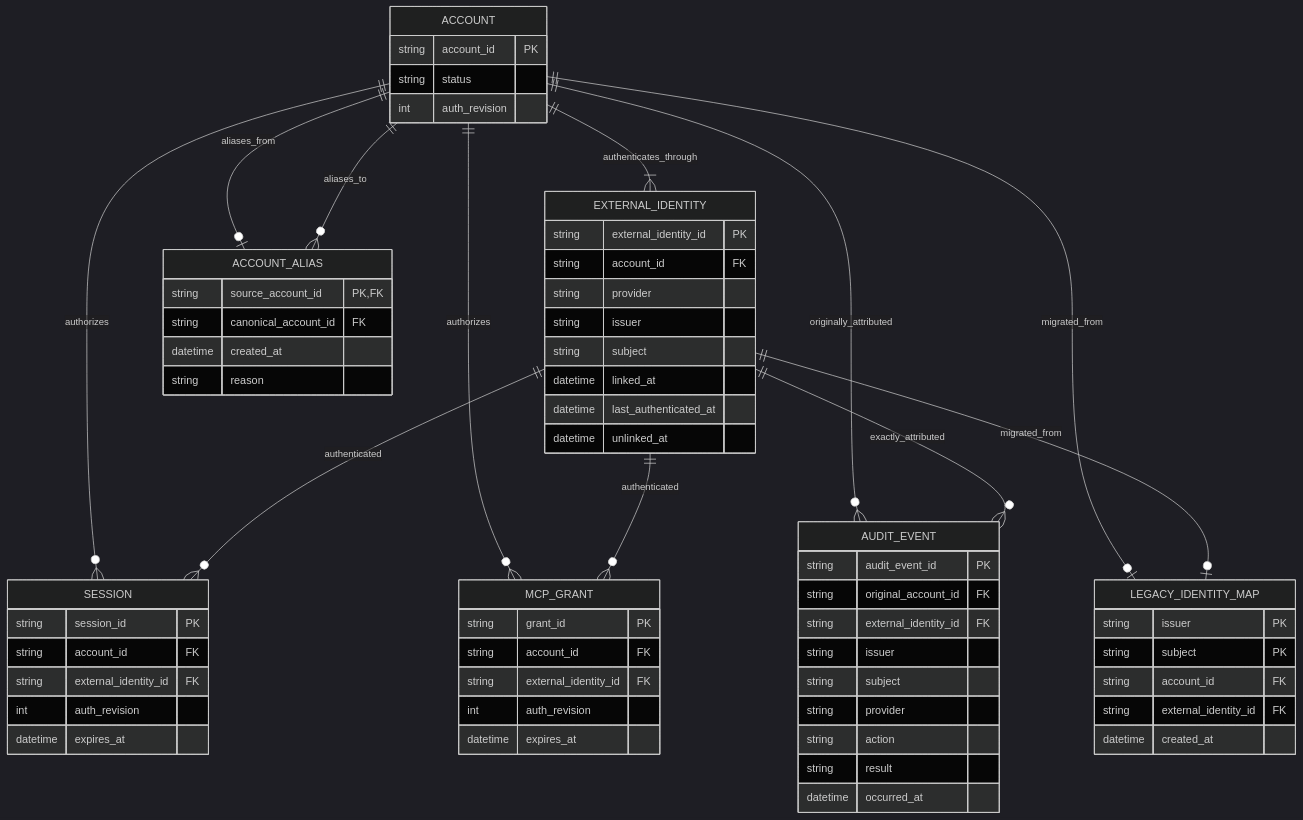
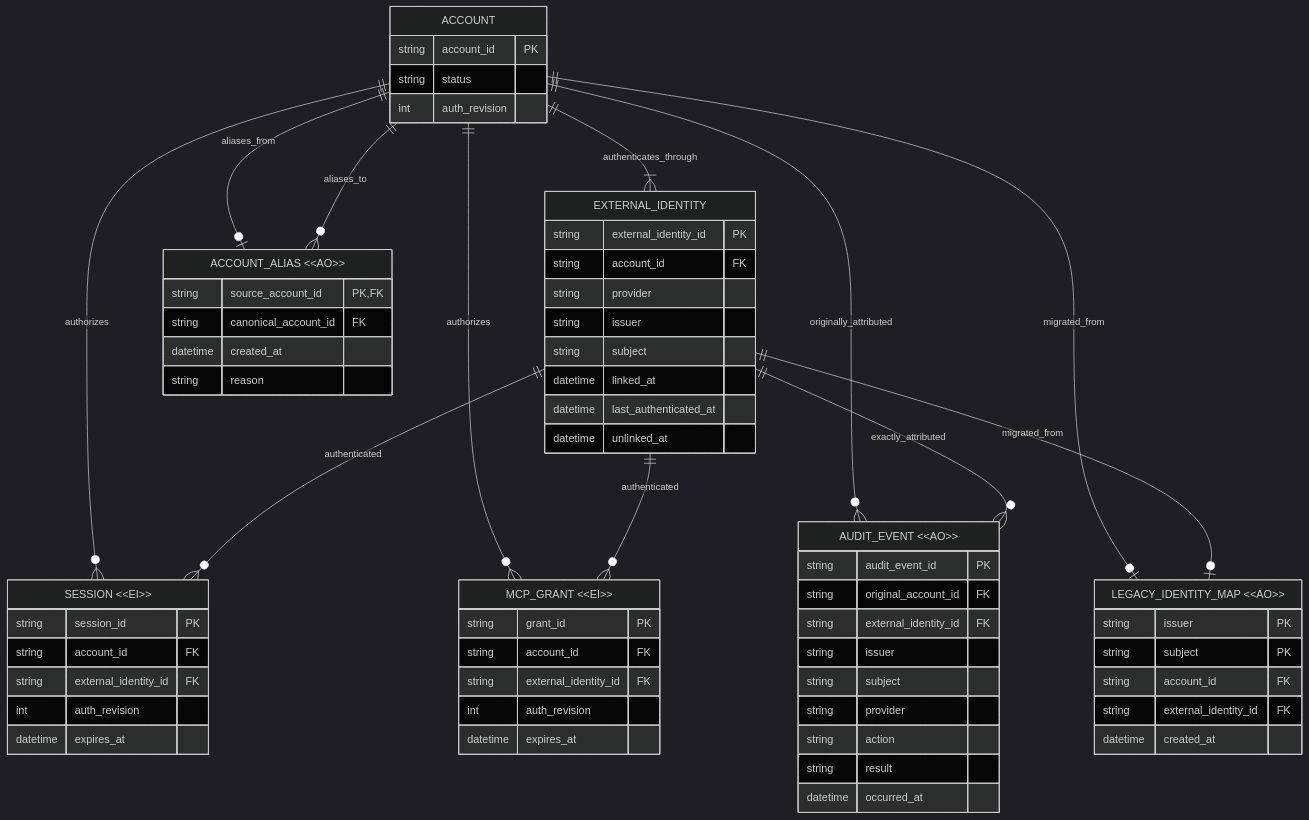
One commit to shazhou-ww/unicas changed the second of 2 diagrams in tasks/ongoing/scottwei-office-pc/support-multi-provider-admin-identity/BusinessDataModel.md. Above: the diagram before and after it, drawn with Mermaid (dark theme). The commit also changed other lines of this file and 1 other file, not shown here.

Commit message:
Annotate identity entity lifecycles

````diff
--- a/tasks/ongoing/scottwei-office-pc/support-multi-provider-admin-identity/BusinessDataModel.md
+++ b/tasks/ongoing/scottwei-office-pc/support-multi-provider-admin-identity/BusinessDataModel.md
@@ -123,74 +129,74 @@
 ```mermaid
 erDiagram
   ACCOUNT {
     string account_id PK
     string status
     int auth_revision
   }
 
   EXTERNAL_IDENTITY {
     string external_identity_id PK
     string account_id FK
     string provider
     string issuer
     string subject
     datetime linked_at
     datetime last_authenticated_at
     datetime unlinked_at
   }
 
-  SESSION {
+  SESSION["SESSION &lt;&lt;EI&gt;&gt;"] {
     string session_id PK
     string account_id FK
     string external_identity_id FK
     int auth_revision
     datetime expires_at
   }
 
-  MCP_GRANT {
+  MCP_GRANT["MCP_GRANT &lt;&lt;EI&gt;&gt;"] {
     string grant_id PK
     string account_id FK
     string external_identity_id FK
     int auth_revision
     datetime expires_at
   }
 
-  AUDIT_EVENT {
+  AUDIT_EVENT["AUDIT_EVENT &lt;&lt;AO&gt;&gt;"] {
     string audit_event_id PK
     string original_account_id FK
     string external_identity_id FK
     string issuer
     string subject
     string provider
     string action
     string result
     datetime occurred_at
   }
 
-  ACCOUNT_ALIAS {
+  ACCOUNT_ALIAS["ACCOUNT_ALIAS &lt;&lt;AO&gt;&gt;"] {
     string source_account_id PK, FK
     string canonical_account_id FK
     datetime created_at
     string reason
   }
 
-  LEGACY_IDENTITY_MAP {
+  LEGACY_IDENTITY_MAP["LEGACY_IDENTITY_MAP &lt;&lt;AO&gt;&gt;"] {
     string issuer PK
     string subject PK
     string account_id FK
     string external_identity_id FK
     datetime created_at
   }
 
   ACCOUNT ||--|{ EXTERNAL_IDENTITY : authenticates_through
   ACCOUNT ||--o{ SESSION : authorizes
   EXTERNAL_IDENTITY ||--o{ SESSION : authenticated
   ACCOUNT ||--o{ MCP_GRANT : authorizes
   EXTERNAL_IDENTITY ||--o{ MCP_GRANT : authenticated
   ACCOUNT ||--o{ AUDIT_EVENT : originally_attributed
   EXTERNAL_IDENTITY ||--o{ AUDIT_EVENT : exactly_attributed
   ACCOUNT ||--o| ACCOUNT_ALIAS : aliases_from
   ACCOUNT ||--o{ ACCOUNT_ALIAS : aliases_to
   ACCOUNT ||--o| LEGACY_IDENTITY_MAP : migrated_from
   EXTERNAL_IDENTITY ||--o| LEGACY_IDENTITY_MAP : migrated_from
 ```
````
